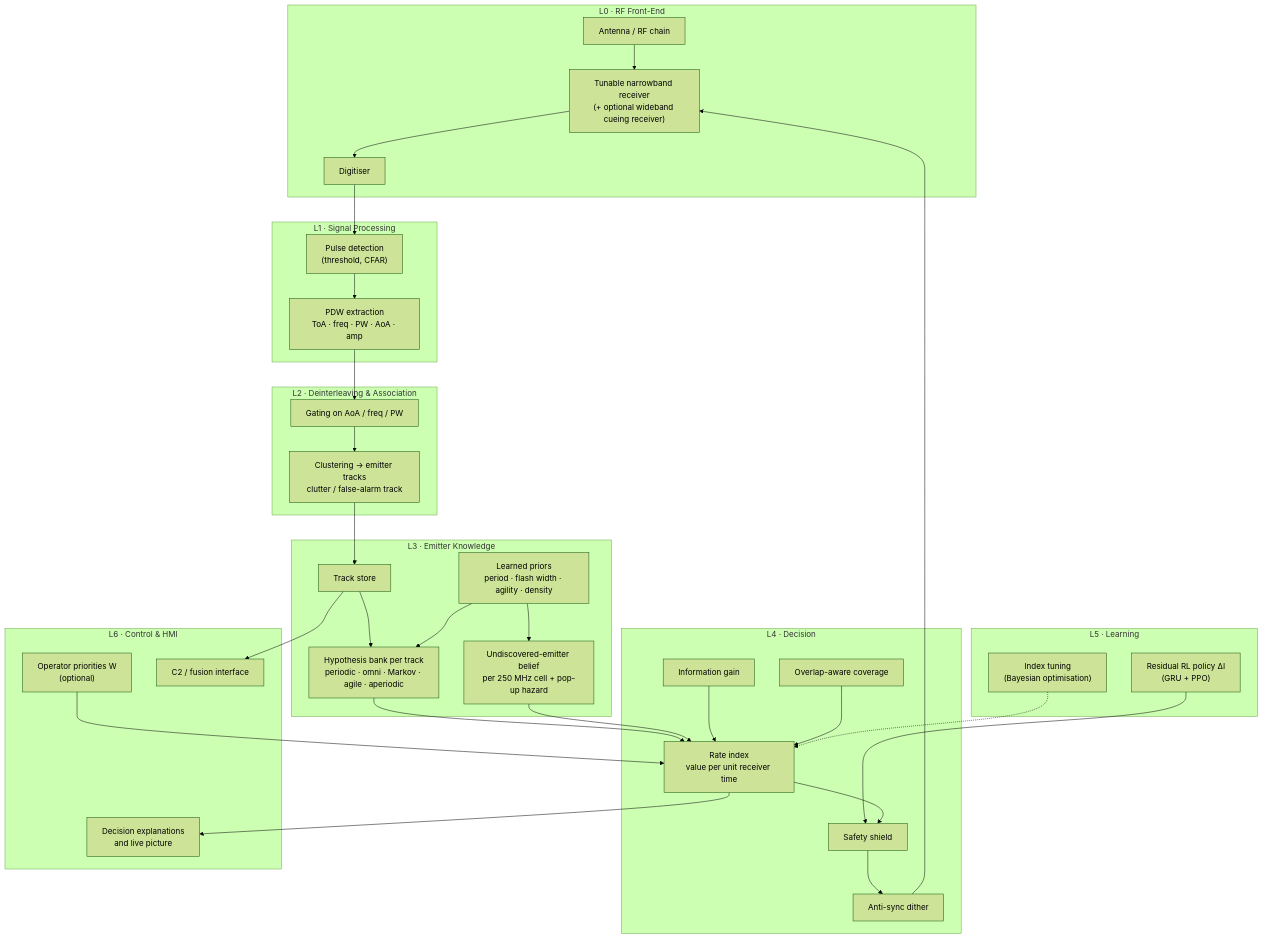
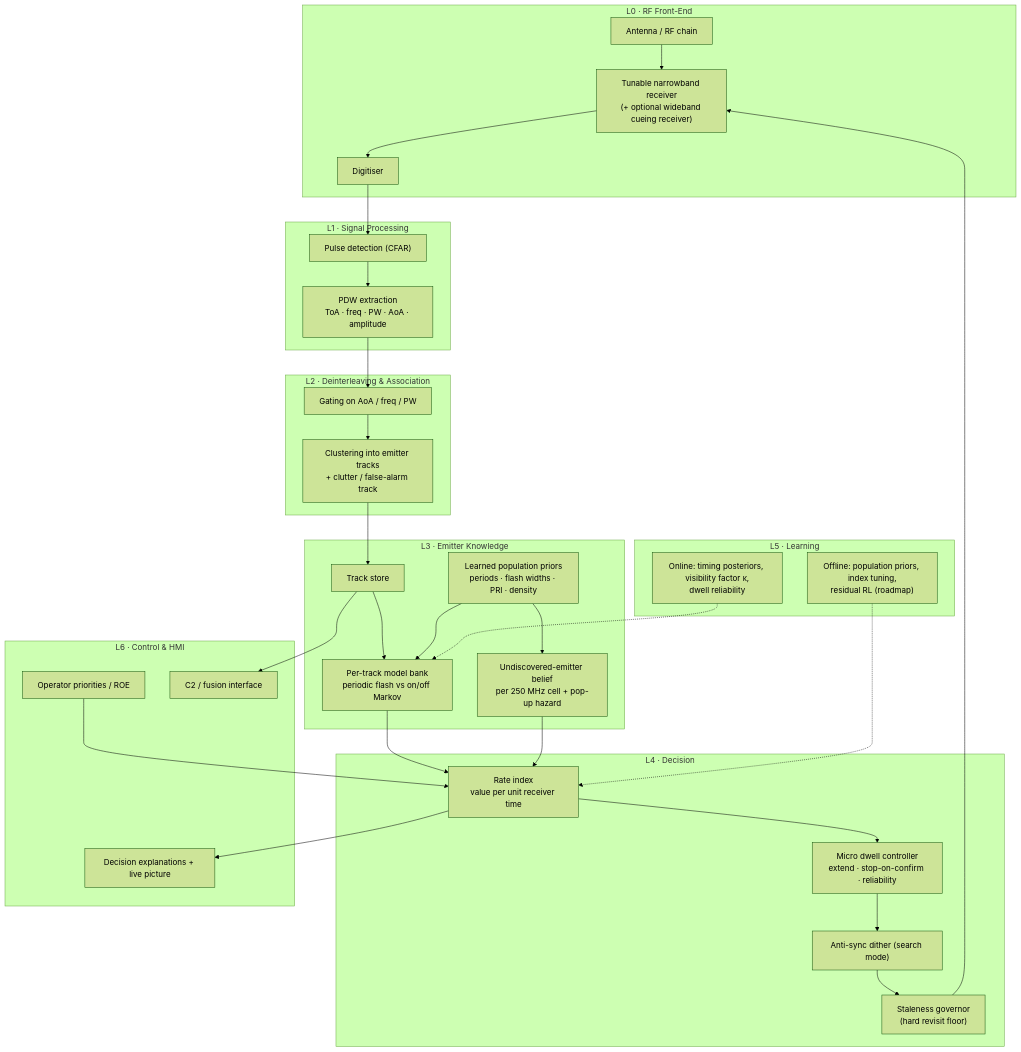
One commit to abhishek-pandey7/Smart-Scan-strategy-for-Electronic-Warfare changed the first of 4 diagrams in docs/PRIMES_FULL_ARCHITECTURE.md. Above: the diagram before and after it, drawn with Mermaid (forest theme). The commit also changed other lines of this file, not shown here.

````diff
--- a/docs/PRIMES_FULL_ARCHITECTURE.md
+++ b/docs/PRIMES_FULL_ARCHITECTURE.md
@@ -61,51 +73,48 @@
 ```mermaid
 flowchart TB
     subgraph L0["L0 · RF Front-End"]
         ANT["Antenna / RF chain"] --> TUNER["Tunable narrowband receiver<br/>(+ optional wideband cueing receiver)"]
         TUNER --> ADC["Digitiser"]
     end
     subgraph L1["L1 · Signal Processing"]
-        DET["Pulse detection<br/>(threshold, CFAR)"] --> PDW["PDW extraction<br/>ToA · freq · PW · AoA · amp"]
+        DET["Pulse detection (CFAR)"] --> PDW["PDW extraction<br/>ToA · freq · PW · AoA · amplitude"]
     end
     subgraph L2["L2 · Deinterleaving & Association"]
-        GATE["Gating on AoA / freq / PW"] --> CLUS["Clustering → emitter tracks<br/>clutter / false-alarm track"]
+        GATE["Gating on AoA / freq / PW"] --> CLUS["Clustering into emitter tracks<br/>+ clutter / false-alarm track"]
     end
     subgraph L3["L3 · Emitter Knowledge"]
         TSTORE["Track store"]
-        HYP["Hypothesis bank per track<br/>periodic · omni · Markov · agile · aperiodic"]
+        HYP["Per-track model bank<br/>periodic flash vs on/off Markov"]
         UND["Undiscovered-emitter belief<br/>per 250 MHz cell + pop-up hazard"]
-        PRIOR["Learned priors<br/>period · flash width · agility · density"]
+        PRIOR["Learned population priors<br/>periods · flash widths · PRI · density"]
     end
     subgraph L4["L4 · Decision"]
         IDX["Rate index<br/>value per unit receiver time"]
-        IG["Information gain"]
-        COV["Overlap-aware coverage"]
-        DITH["Anti-sync dither"]
-        SHIELD["Safety shield"]
+        MICRO["Micro dwell controller<br/>extend · stop-on-confirm · reliability"]
+        DITH["Anti-sync dither (search mode)"]
+        GOV["Staleness governor<br/>(hard revisit floor)"]
     end
     subgraph L5["L5 · Learning"]
-        RES["Residual RL policy ΔI<br/>(GRU + PPO)"]
-        TUNE["Index tuning<br/>(Bayesian optimisation)"]
+        ONLINE["Online: timing posteriors, visibility factor κ,<br/>dwell reliability"]
+        OFFLINE["Offline: population priors, index tuning,<br/>residual RL (roadmap)"]
     end
     subgraph L6["L6 · Control & HMI"]
-        OPS["Operator priorities W<br/>(optional)"]
-        XAI["Decision explanations<br/>and live picture"]
+        OPS["Operator priorities / ROE"]
+        XAI["Decision explanations + live picture"]
         C2["C2 / fusion interface"]
     end
 
     ADC --> DET
     PDW --> GATE
     CLUS --> TSTORE --> HYP
     PRIOR --> HYP
     PRIOR --> UND
     HYP --> IDX
     UND --> IDX
-    IG --> IDX
-    COV --> IDX
-    RES --> SHIELD
-    IDX --> SHIELD --> DITH --> TUNER
-    TUNE -.-> IDX
+    IDX --> MICRO --> DITH --> GOV --> TUNER
+    ONLINE -.-> HYP
+    OFFLINE -.-> IDX
     OPS --> IDX
     IDX --> XAI
     TSTORE --> C2
 ```
````
